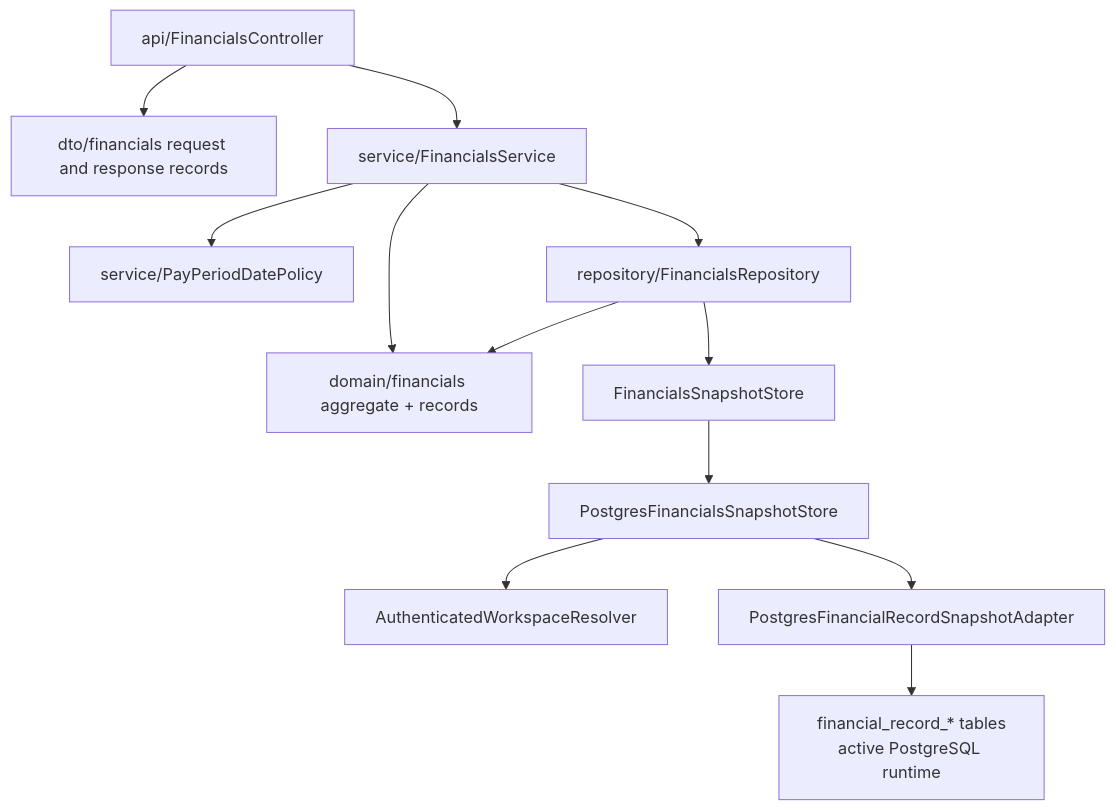
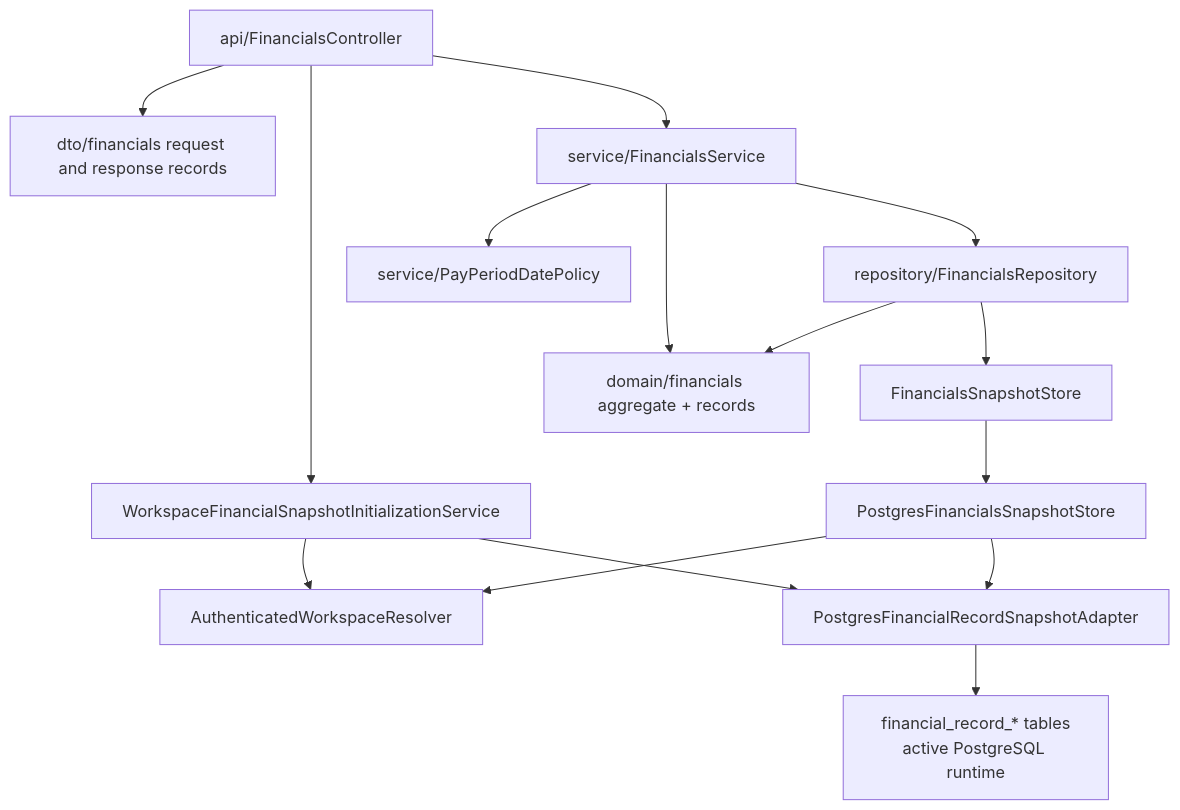
One commit to everdein/pay-period-planner changed the second of 4 diagrams in docs/architecture-map.md. Above: the diagram before and after it, drawn with Mermaid. The commit also changed other lines of this file and 44 other files, not shown here.

First line of the commit message:
Add product-ready financial workspace workflows

````diff
--- a/docs/architecture-map.md
+++ b/docs/architecture-map.md
@@ -85,14 +86,17 @@
 ```mermaid
 flowchart TD
     Controller["api/FinancialsController"] --> DTO["dto/financials request and response records"]
+    Controller --> Initializer["WorkspaceFinancialSnapshotInitializationService"]
+    Initializer --> WorkspaceResolver
+    Initializer --> RecordAdapter
     Controller --> Service["service/FinancialsService"]
     Service --> DatePolicy["service/PayPeriodDatePolicy"]
     Service --> Domain["domain/financials aggregate + records"]
     Service --> Repository["repository/FinancialsRepository"]
     Repository --> Domain
     Repository --> Interface["FinancialsSnapshotStore"]
     Interface --> PostgresStore["PostgresFinancialsSnapshotStore"]
     PostgresStore --> WorkspaceResolver["AuthenticatedWorkspaceResolver"]
     PostgresStore --> RecordAdapter["PostgresFinancialRecordSnapshotAdapter"]
     RecordAdapter --> RecordTables["financial_record_* tables<br/>active PostgreSQL runtime"]
 ```
````
